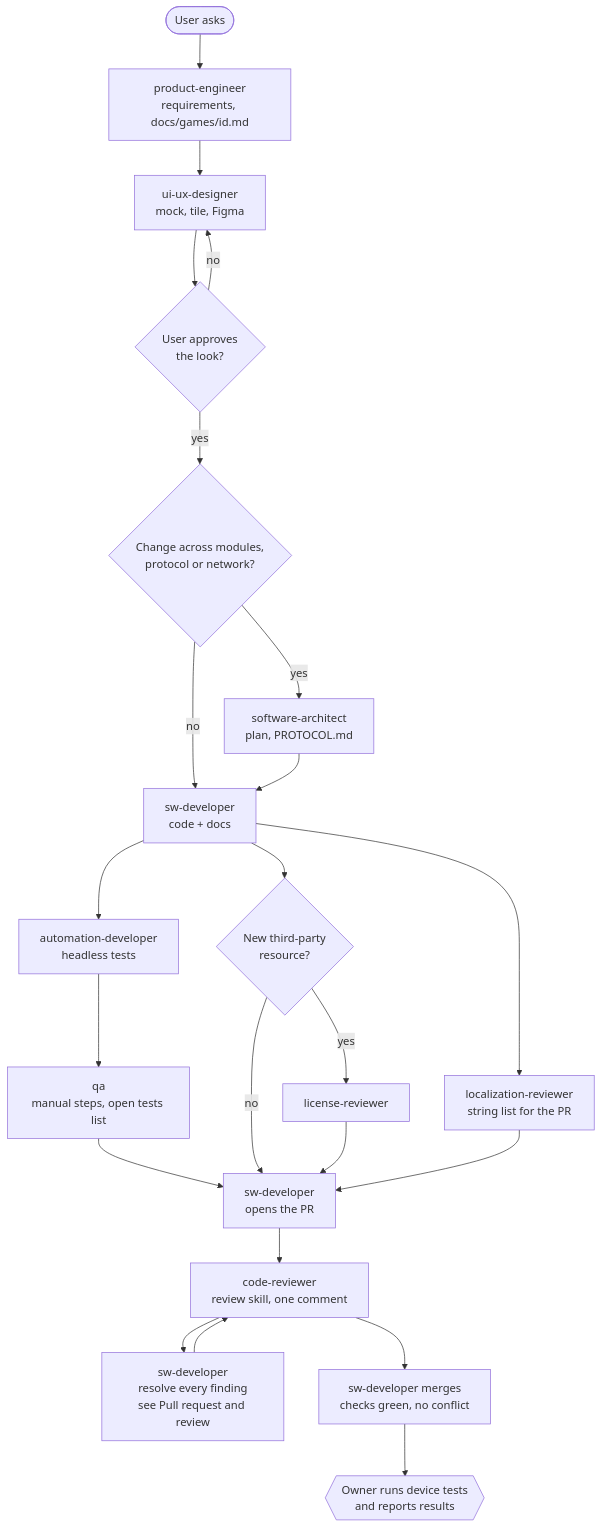
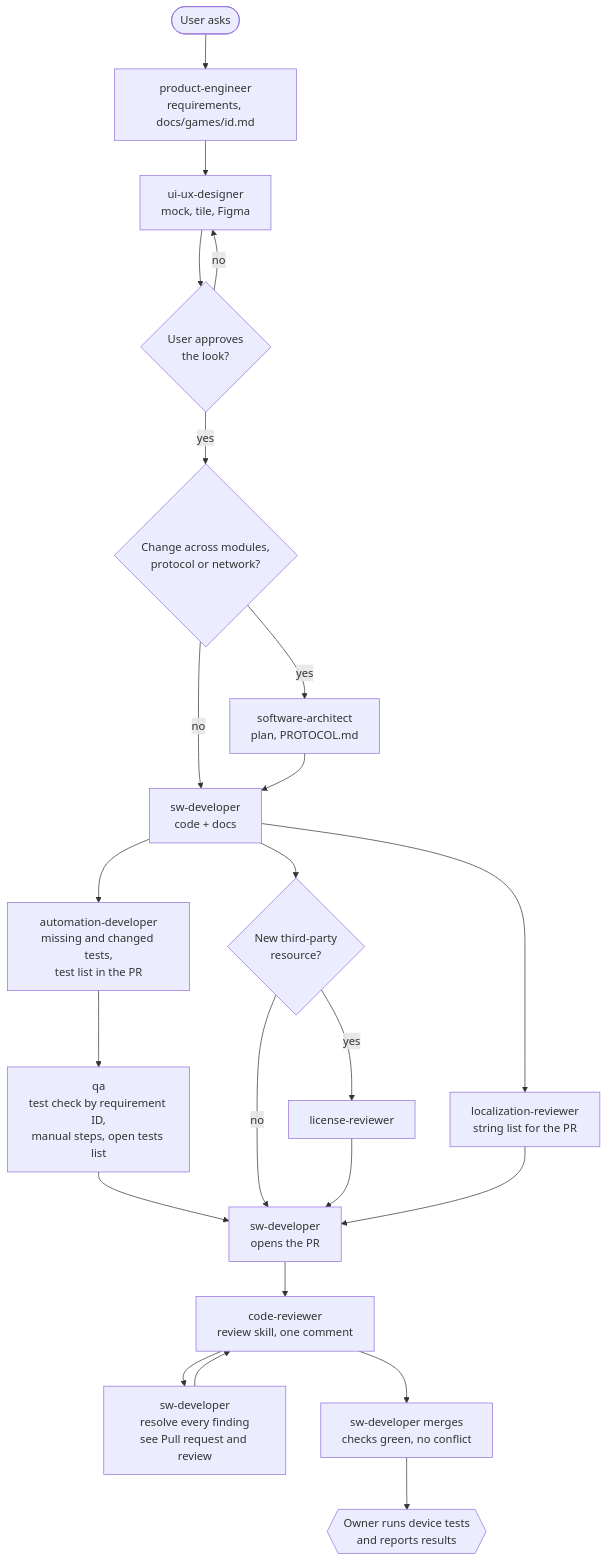
Before and after one commit to alonzo86/remote-play: the first of 8 diagrams in docs/AGENTS.md, drawn with Mermaid. The commit also changed other lines of this file and 7 other files, not shown here.

````diff
--- a/docs/AGENTS.md
+++ b/docs/AGENTS.md
@@ -25,25 +25,25 @@
 ```mermaid
 flowchart TD
     U0([User asks]) --> PE[product-engineer<br/>requirements, docs/games/id.md]
     PE --> UX[ui-ux-designer<br/>mock, tile, Figma]
     UX --> U1{User approves<br/>the look?}
     U1 -- no --> UX
     U1 -- yes --> X{Change across modules,<br/>protocol or network?}
     X -- yes --> SA[software-architect<br/>plan, PROTOCOL.md]
     X -- no --> DEV
     SA --> DEV[sw-developer<br/>code + docs]
-    DEV --> AUTO[automation-developer<br/>headless tests]
-    AUTO --> QA[qa<br/>manual steps, open tests list]
+    DEV --> AUTO[automation-developer<br/>missing and changed tests,<br/>test list in the PR]
+    AUTO --> QA[qa<br/>test check by requirement ID,<br/>manual steps, open tests list]
     DEV --> LOC[localization-reviewer<br/>string list for the PR]
     QA --> PR[sw-developer<br/>opens the PR]
     DEV --> LIC{New third-party<br/>resource?}
     LIC -- yes --> LR[license-reviewer]
     LIC -- no --> PR
     LR --> PR
     LOC --> PR
     PR --> REV[code-reviewer<br/>review skill, one comment]
     REV --> FIX[sw-developer<br/>resolve every finding<br/>see Pull request and review]
     FIX --> REV
     REV --> MRG[sw-developer merges<br/>checks green, no conflict]
     MRG --> U2{{Owner runs device tests<br/>and reports results}}
 ```
````
